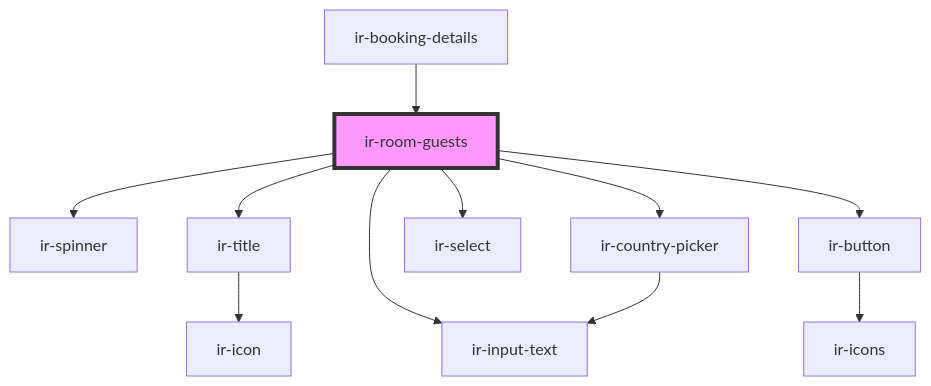
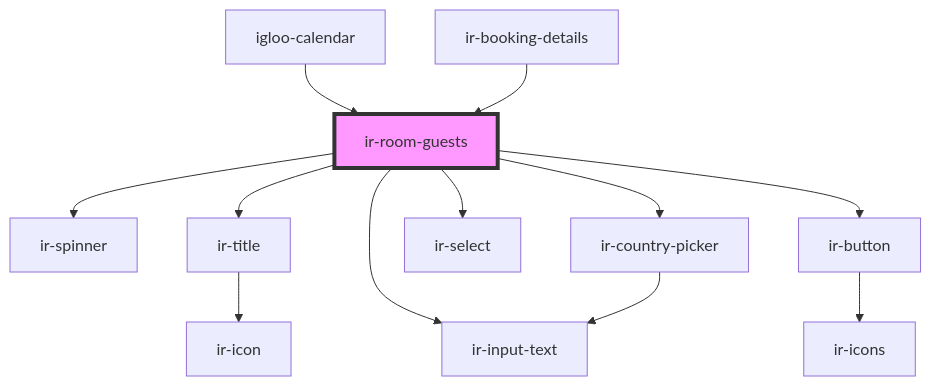
Before and after one commit to David1Chowaifaty/modified-ir-webcmp: the diagram in src/components/ir-booking-details/ir-room-guests/readme.md, drawn with Mermaid. The commit also changed other lines of this file and 15 other files, not shown here.

````diff
--- a/src/components/ir-booking-details/ir-room-guests/readme.md
+++ b/src/components/ir-booking-details/ir-room-guests/readme.md
@@ -46,14 +47,15 @@
 ```mermaid
 graph TD;
   ir-room-guests --> ir-spinner
   ir-room-guests --> ir-title
   ir-room-guests --> ir-input-text
   ir-room-guests --> ir-country-picker
   ir-room-guests --> ir-select
   ir-room-guests --> ir-button
   ir-title --> ir-icon
   ir-country-picker --> ir-input-text
   ir-button --> ir-icons
+  igloo-calendar --> ir-room-guests
   ir-booking-details --> ir-room-guests
   style ir-room-guests fill:#f9f,stroke:#333,stroke-width:4px
 ```
````
